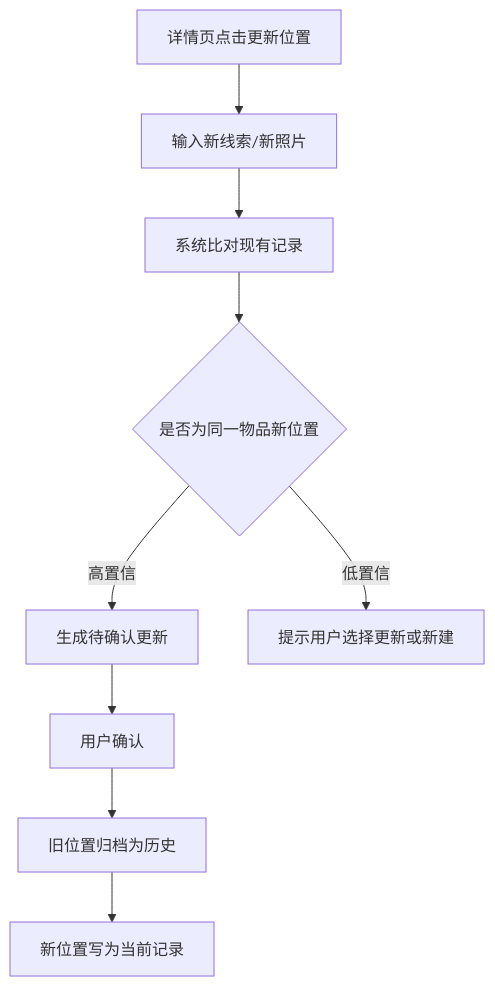
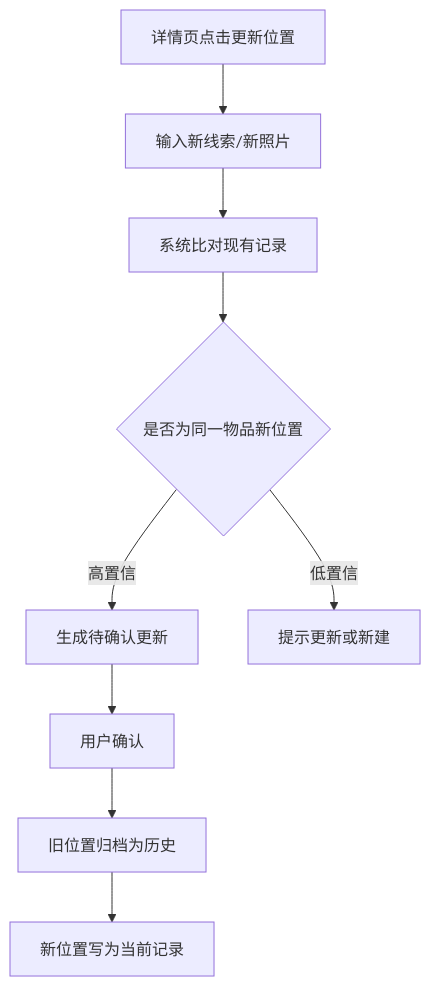
One commit to SK-Runner/remember-everything changed the fourth of 5 diagrams in doc/产品规划/物品位置记忆APP_MVP_PRD.md. Above: the diagram before and after it, drawn with Mermaid. The commit also changed other lines of this file and 1 other file, not shown here.

````diff
--- a/doc/产品规划/物品位置记忆APP_MVP_PRD.md
+++ b/doc/产品规划/物品位置记忆APP_MVP_PRD.md
@@ -391,11 +271,11 @@
 ```mermaid
 flowchart TD
     A[详情页点击更新位置] --> B[输入新线索/新照片]
     B --> C[系统比对现有记录]
     C --> D{是否为同一物品新位置}
     D -- 高置信 --> E[生成待确认更新]
-    D -- 低置信 --> F[提示用户选择更新或新建]
+    D -- 低置信 --> F[提示更新或新建]
     E --> G[用户确认]
     G --> H[旧位置归档为历史]
     H --> I[新位置写为当前记录]
 ```
````
